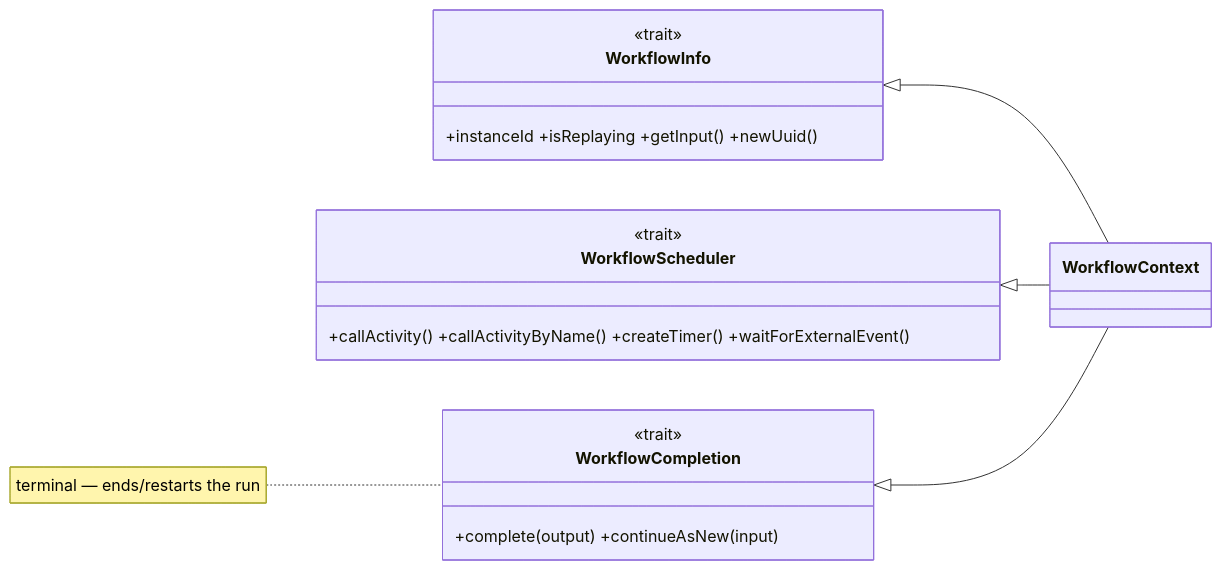
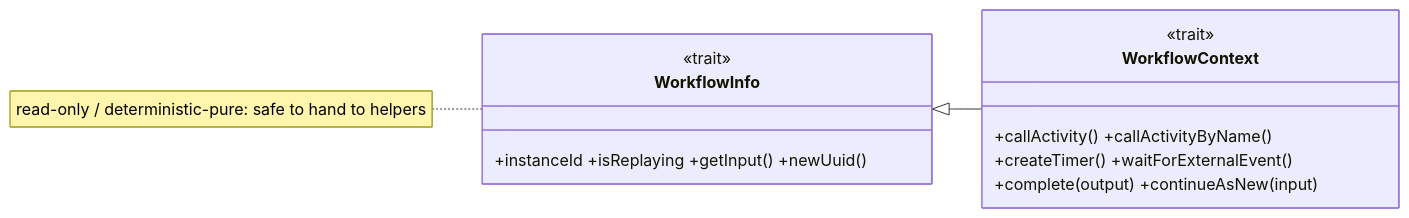
One commit to sideeffffect/dapr4s changed diagram 35 of 36 in docs/CAPABILITY-SPLITS.md. Above: the diagram before and after it, drawn with Mermaid. The commit also changed other lines of this file, not shown here.

First line of the commit message:
docs: make read-only-vs-rest the authority-split principle

````diff
--- a/docs/CAPABILITY-SPLITS.md
+++ b/docs/CAPABILITY-SPLITS.md
@@ -761,21 +781,16 @@
 ```mermaid
 classDiagram
     direction LR
     class WorkflowInfo {
         <<trait>>
         +instanceId +isReplaying +getInput() +newUuid()
     }
-    class WorkflowScheduler {
+    class WorkflowContext {
         <<trait>>
-        +callActivity() +callActivityByName() +createTimer() +waitForExternalEvent()
-    }
-    class WorkflowCompletion {
-        <<trait>>
+        +callActivity() +callActivityByName()
+        +createTimer() +waitForExternalEvent()
         +complete(output) +continueAsNew(input)
     }
-    class WorkflowContext
     WorkflowInfo <|-- WorkflowContext
-    WorkflowScheduler <|-- WorkflowContext
-    WorkflowCompletion <|-- WorkflowContext
-    note for WorkflowCompletion "terminal — ends/restarts the run"
+    note for WorkflowInfo "read-only / deterministic-pure: safe to hand to helpers"
 ```
````
